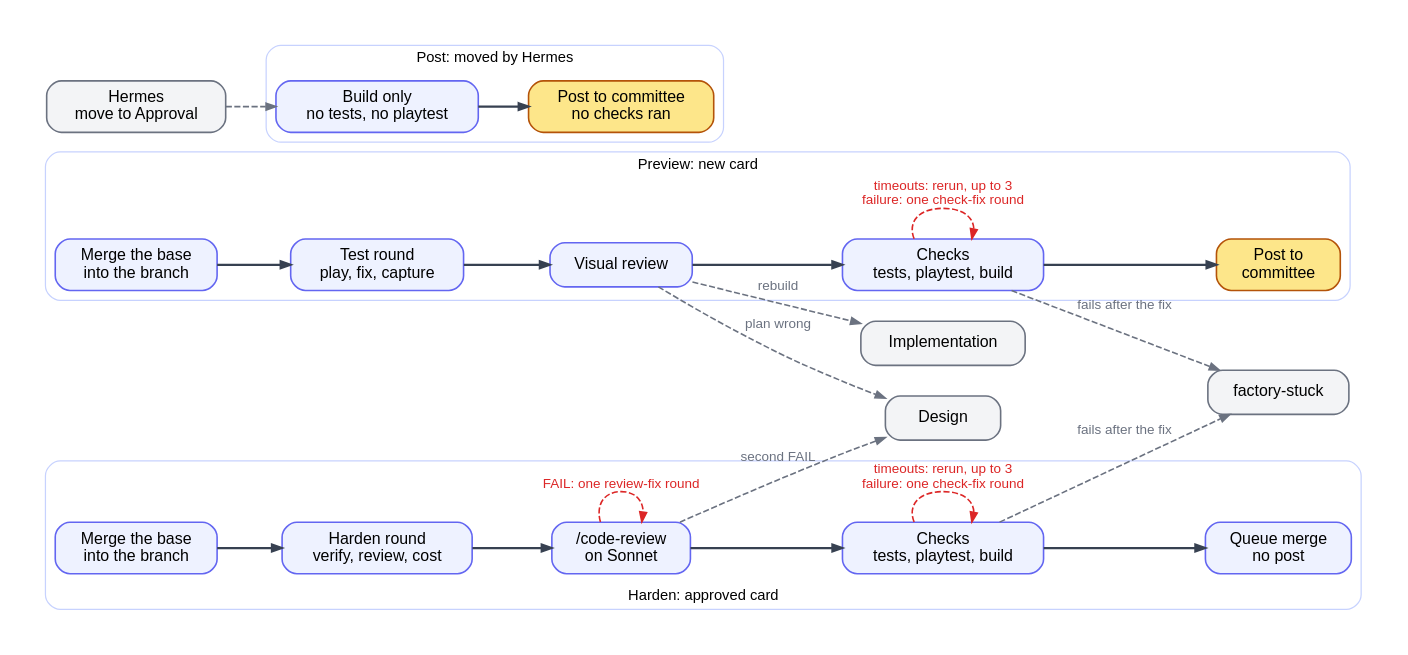
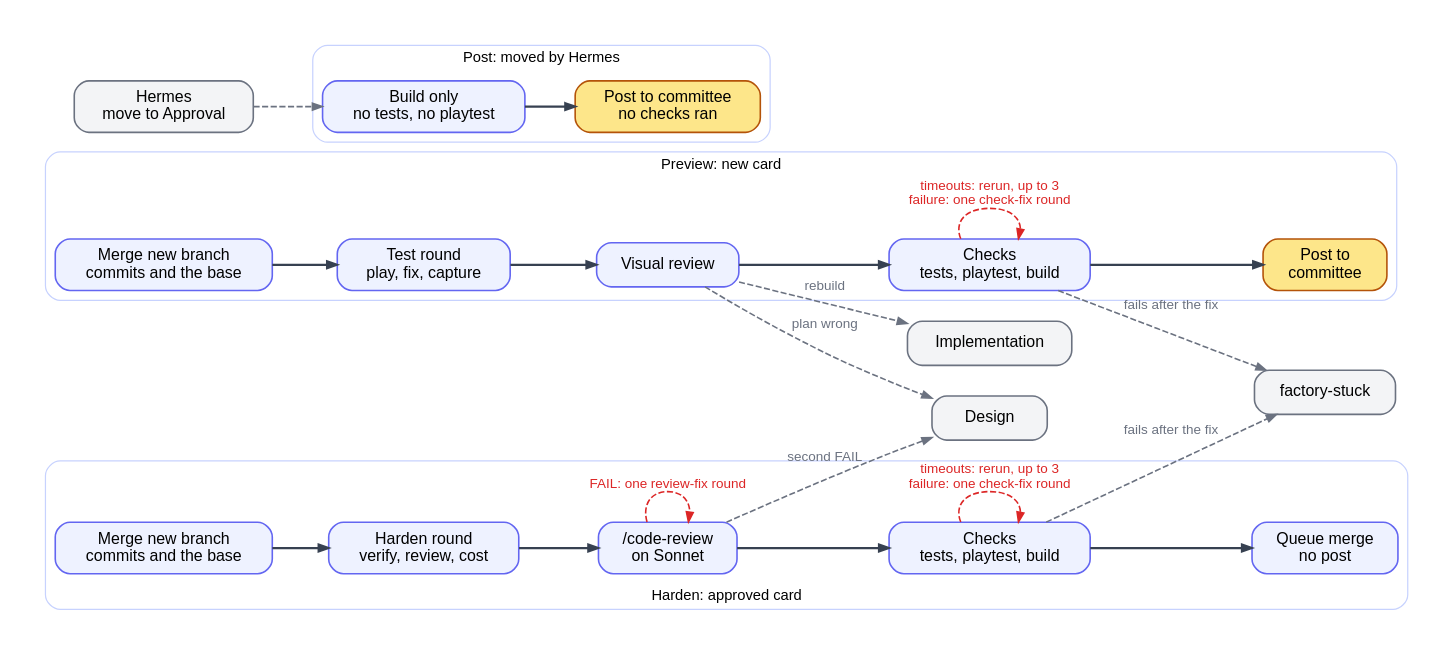
One commit to btseytlin/road-machiners changed the diagram in factory/docs/diagrams/testing.dot. Above: the diagram before and after it, drawn with Graphviz. The commit also changed 16 other files, not shown here.

```diff
--- a/factory/docs/diagrams/testing.dot
+++ b/factory/docs/diagrams/testing.dot
@@ -1,38 +1,38 @@
 // Testing column. Two lines: preview before the committee plays, harden after it approves. A third, post, runs only when Hermes moves a card to Approval. Red: loops back. Grey: leaves Testing or enters from outside.
 digraph testing {
   rankdir=LR; nodesep=0.35; ranksep=0.55; bgcolor=white; pad=0.3;
   node [shape=box, style="rounded,filled", fillcolor="#eef2ff", color="#6366f1", fontname="Helvetica", fontsize=13, margin="0.2,0.1", penwidth=1.3, width=1.3];
   edge [color="#374151", penwidth=1.8, arrowsize=0.8, fontname="Helvetica", fontsize=11];
   subgraph cluster_preview {
     label="Preview: new card"; fontname="Helvetica"; fontsize=12; color="#c7d2fe"; style=rounded;
-    PM [label="Merge the base\ninto the branch"]; PT [label="Test round\nplay, fix, capture"]; PV [label="Visual review"];
+    PM [label="Merge new branch\ncommits and the base"]; PT [label="Test round\nplay, fix, capture"]; PV [label="Visual review"];
     PC [label="Checks\ntests, playtest, build"]; PP [label="Post to\ncommittee", fillcolor="#fde68a", color="#b45309"];
     PM -> PT -> PV -> PC -> PP [weight=100];
   }
   subgraph cluster_harden {
     label="Harden: approved card"; labelloc=b; fontname="Helvetica"; fontsize=12; color="#c7d2fe"; style=rounded;
-    HM [label="Merge the base\ninto the branch"]; HH [label="Harden round\nverify, review, cost"]; HR [label="/code-review\non Sonnet"];
+    HM [label="Merge new branch\ncommits and the base"]; HH [label="Harden round\nverify, review, cost"]; HR [label="/code-review\non Sonnet"];
     HC [label="Checks\ntests, playtest, build"]; HQ [label="Queue merge\nno post"];
     HM -> HH -> HR -> HC -> HQ [weight=100];
   }
   subgraph cluster_post {
     label="Post: moved by Hermes"; fontname="Helvetica"; fontsize=12; color="#c7d2fe"; style=rounded;
     QB [label="Build only\nno tests, no playtest"]; QP [label="Post to committee\nno checks ran", fillcolor="#fde68a", color="#b45309"];
     QB -> QP [weight=100];
   }
   XH [label="Hermes\nmove to Approval", fillcolor="#f3f4f6", color="#6b7280"];
   XI [label="Implementation", fillcolor="#f3f4f6", color="#6b7280"];
   XD [label="Design", fillcolor="#f3f4f6", color="#6b7280"];
   XS [label="factory-stuck", fillcolor="#f3f4f6", color="#6b7280"];
   edge [color="#dc2626", fontcolor="#dc2626", style=dashed, penwidth=1.3];
   PC -> PC [label="timeouts: rerun, up to 3\nfailure: one check-fix round"];
   HC -> HC [label="timeouts: rerun, up to 3\nfailure: one check-fix round"];
   HR -> HR [label="FAIL: one review-fix round"];
   edge [color="#6b7280", fontcolor="#6b7280"];
   XH -> QB;
   PV -> XI [label="rebuild"];
   PV -> XD [label="plan wrong"];
   HR -> XD [label="second FAIL"];
   PC -> XS [label="fails after the fix"];
   HC -> XS [label="fails after the fix"];
 }
```
